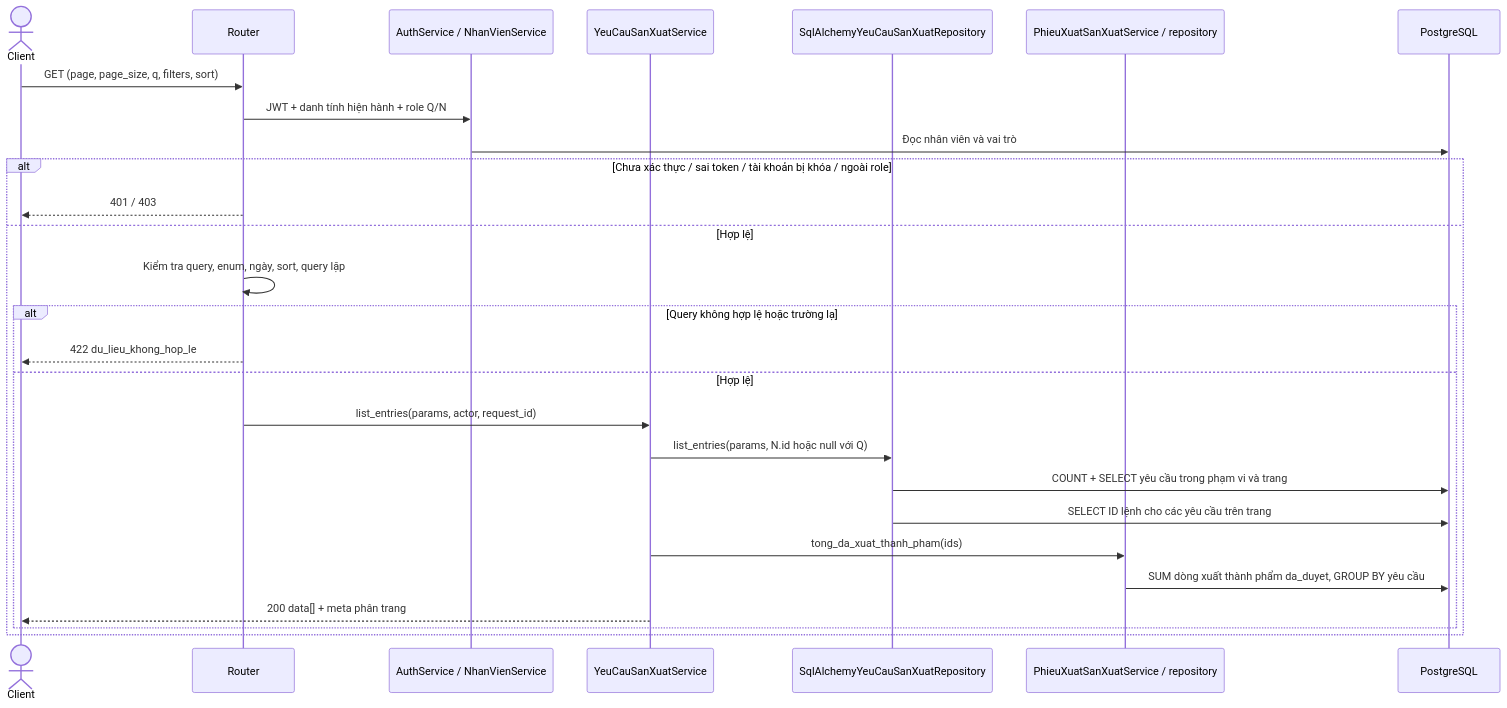
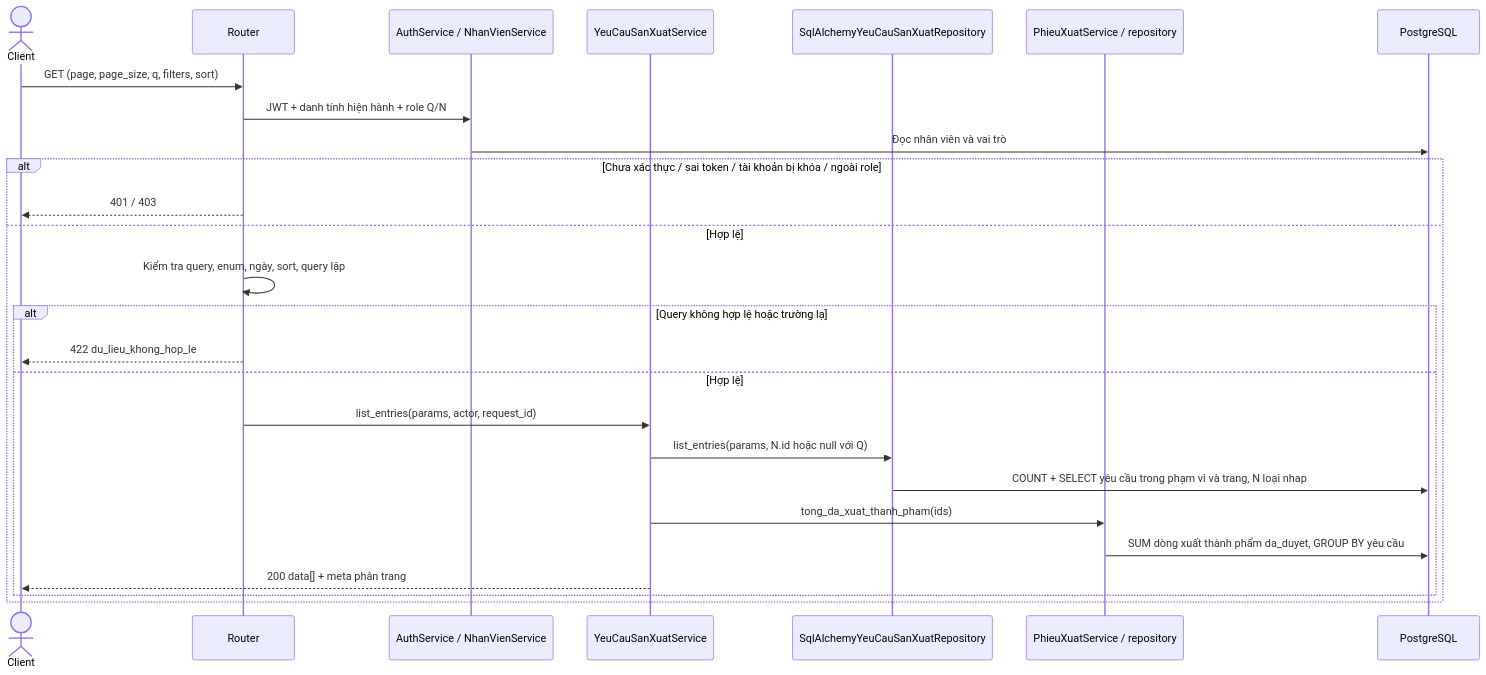
Before and after one commit to thanhklt/xbike-mrp-system: the first of 23 diagrams in docs/sequence/san_xuat.md, drawn with Mermaid. The commit also changed other lines of this file and 13 other files, not shown here.

First line of the commit message:
feat(UC-23): lập yêu cầu sản xuất đủ thông tin, xác nhận gửi và chốt công thức đang dùng

````diff
--- a/docs/sequence/san_xuat.md
+++ b/docs/sequence/san_xuat.md
@@ -19,29 +25,28 @@
 ```mermaid
 sequenceDiagram
     actor C as Client
     participant R as Router
     participant A as AuthService / NhanVienService
     participant S as YeuCauSanXuatService
     participant P as SqlAlchemyYeuCauSanXuatRepository
-    participant X as PhieuXuatSanXuatService / repository
+    participant X as PhieuXuatService / repository
     participant D as PostgreSQL
     C->>R: GET (page, page_size, q, filters, sort)
     R->>A: JWT + danh tính hiện hành + role Q/N
     A->>D: Đọc nhân viên và vai trò
     alt Chưa xác thực / sai token / tài khoản bị khóa / ngoài role
         R-->>C: 401 / 403
     else Hợp lệ
         R->>R: Kiểm tra query, enum, ngày, sort, query lặp
         alt Query không hợp lệ hoặc trường lạ
             R-->>C: 422 du_lieu_khong_hop_le
         else Hợp lệ
             R->>S: list_entries(params, actor, request_id)
             S->>P: list_entries(params, N.id hoặc null với Q)
-            P->>D: COUNT + SELECT yêu cầu trong phạm vi và trang
-            P->>D: SELECT ID lệnh cho các yêu cầu trên trang
+            P->>D: COUNT + SELECT yêu cầu trong phạm vi và trang, N loại nhap
             S->>X: tong_da_xuat_thanh_pham(ids)
             X->>D: SUM dòng xuất thành phẩm da_duyet, GROUP BY yêu cầu
             S-->>C: 200 data[] + meta phân trang
         end
     end
 ```
````
